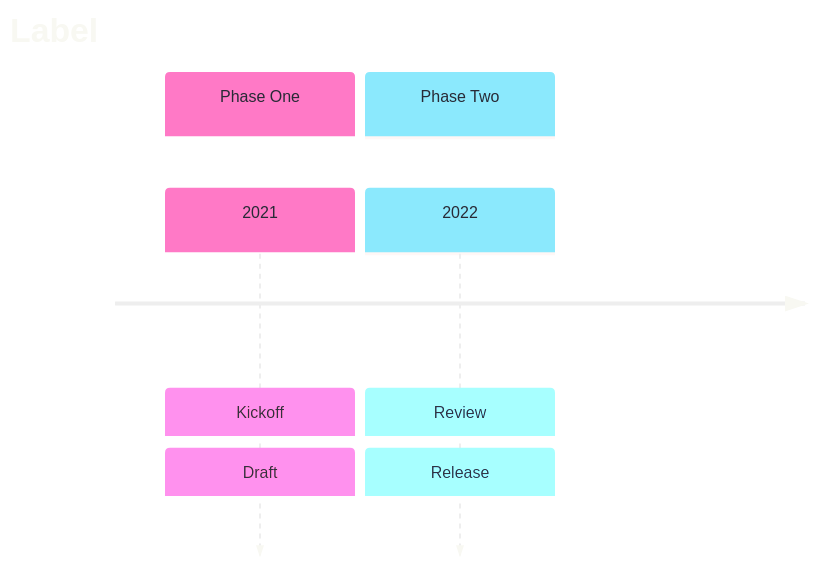
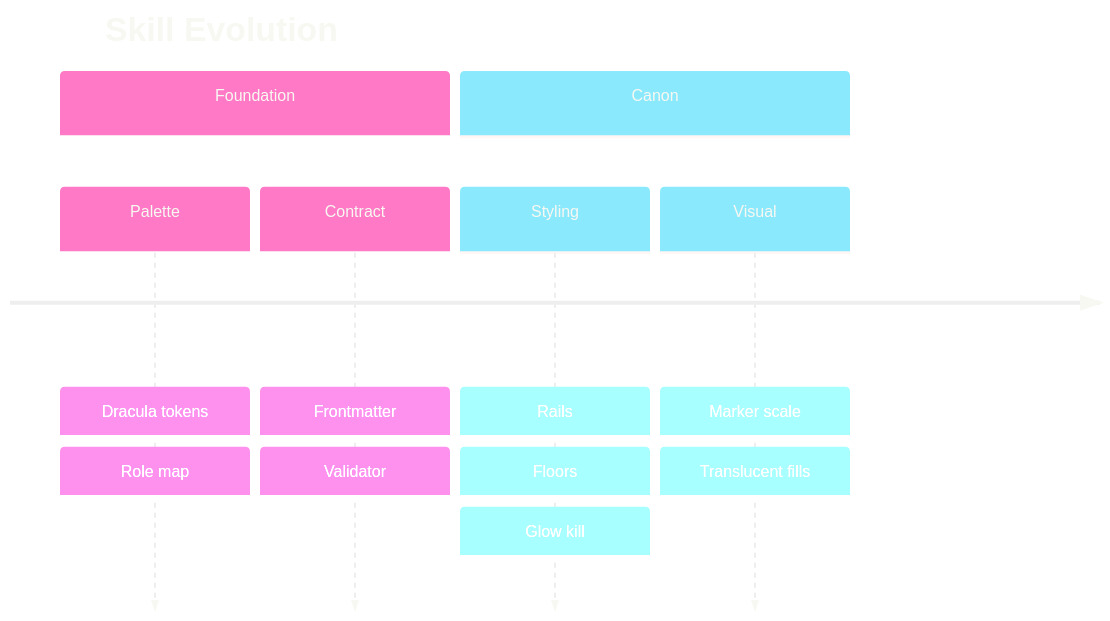
Diagram 15 of 25 in .claude/skills/mermaid-diagramming/references/syntax-extended.md (bsamiee/Rasm), drawn with Mermaid before and after one commit. The commit also changed other lines of this file and 56 other files, not shown here.

````diff
--- a/.claude/skills/mermaid-diagramming/references/syntax-extended.md
+++ b/.claude/skills/mermaid-diagramming/references/syntax-extended.md
@@ -476,25 +799,32 @@
 ```mermaid
 ---
 config:
   theme: base
   look: classic
   themeVariables:
     darkMode: true
     fontFamily: "SF Mono, Menlo, Cascadia Mono, Segoe UI Mono, Consolas, monospace"
     useGradient: false
     dropShadow: "none"
     textColor: "#F8F8F2"
     cScale0: "#FF79C6"
     cScale1: "#8BE9FD"
-    cScaleLabel0: "#282A36"
-    cScaleLabel1: "#282A36"
+    cScale2: "#50FA7B"
+    cScale3: "#FFB86C"
+    cScaleLabel0: "#F8F8F2"
+    cScaleLabel1: "#F8F8F2"
+    cScaleLabel2: "#F8F8F2"
+    cScaleLabel3: "#F8F8F2"
+  themeCSS: ".node-bkg{fill-opacity:.5;stroke-width:1.5px}[class^='node-line']{stroke:none!important}.section--1 .node-bkg{stroke:#FF79C6}.section-0 .node-bkg{stroke:#8BE9FD}line[stroke-width='4']{stroke:#6272A4;stroke-width:2px}line[stroke-dasharray='5,5']{stroke:#6272A4;stroke-width:1.5px;stroke-dasharray:4 6}[id$='-arrowhead'] path{fill:#6272A4}"
 ---
 timeline
-  accTitle: Period demo
-  accDescr: Two phases each carrying dated events in chronological order.
-  title Label
-  section Phase One
-    2021 : Kickoff : Draft
-  section Phase Two
-    2022 : Review : Release
+  accTitle: Skill evolution
+  accDescr: Four phases of the diagram skill from palette adoption through the visual canon, each carrying its landed changes.
+  title Skill Evolution
+  section Foundation
+    Palette : Dracula tokens : Role map
+    Contract : Frontmatter : Validator
+  section Canon
+    Styling : Rails : Floors : Glow kill
+    Visual : Marker scale : Translucent fills
 ```
````
